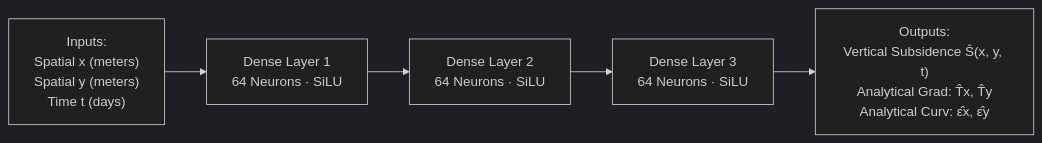
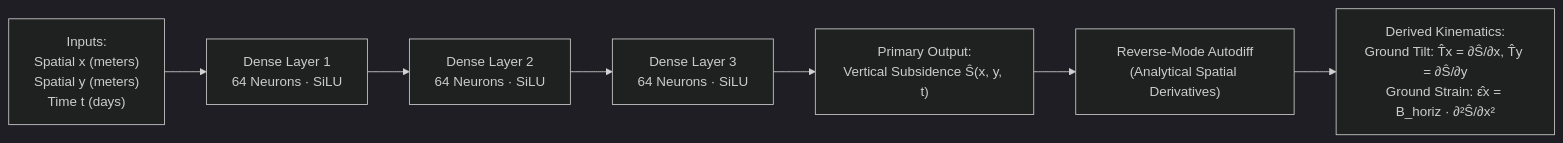
The diagram in docs/05-ai-ml-pipeline/pinn-architecture.md (lively-life7/SIH-Documentation), drawn with Mermaid (dark theme) before and after one commit. The commit also changed other lines of this file and 44 other files, not shown here.

````diff
--- a/docs/05-ai-ml-pipeline/pinn-architecture.md
+++ b/docs/05-ai-ml-pipeline/pinn-architecture.md
@@ -38,7 +49,9 @@
 ```mermaid
 flowchart LR
     IN["Inputs:<br/>Spatial x (meters)<br/>Spatial y (meters)<br/>Time t (days)"] --> FC1["Dense Layer 1<br/>64 Neurons · SiLU"]
     FC1 --> FC2["Dense Layer 2<br/>64 Neurons · SiLU"]
     FC2 --> FC3["Dense Layer 3<br/>64 Neurons · SiLU"]
-    FC3 --> OUT["Outputs:<br/>Vertical Subsidence Ŝ(x, y, t)<br/>Analytical Grad: T̂x, T̂y<br/>Analytical Curv: ε̂x, ε̂y"]
+    FC3 --> OUT["Primary Output:<br/>Vertical Subsidence Ŝ(x, y, t)"]
+    OUT --> AUTODIFF["Reverse-Mode Autodiff<br/>(Analytical Spatial Derivatives)"]
+    AUTODIFF --> DERIV["Derived Kinematics:<br/>Ground Tilt: T̂x = ∂Ŝ/∂x, T̂y = ∂Ŝ/∂y<br/>Ground Strain: ε̂x = B_horiz · ∂²Ŝ/∂x²"]
 ```
````
